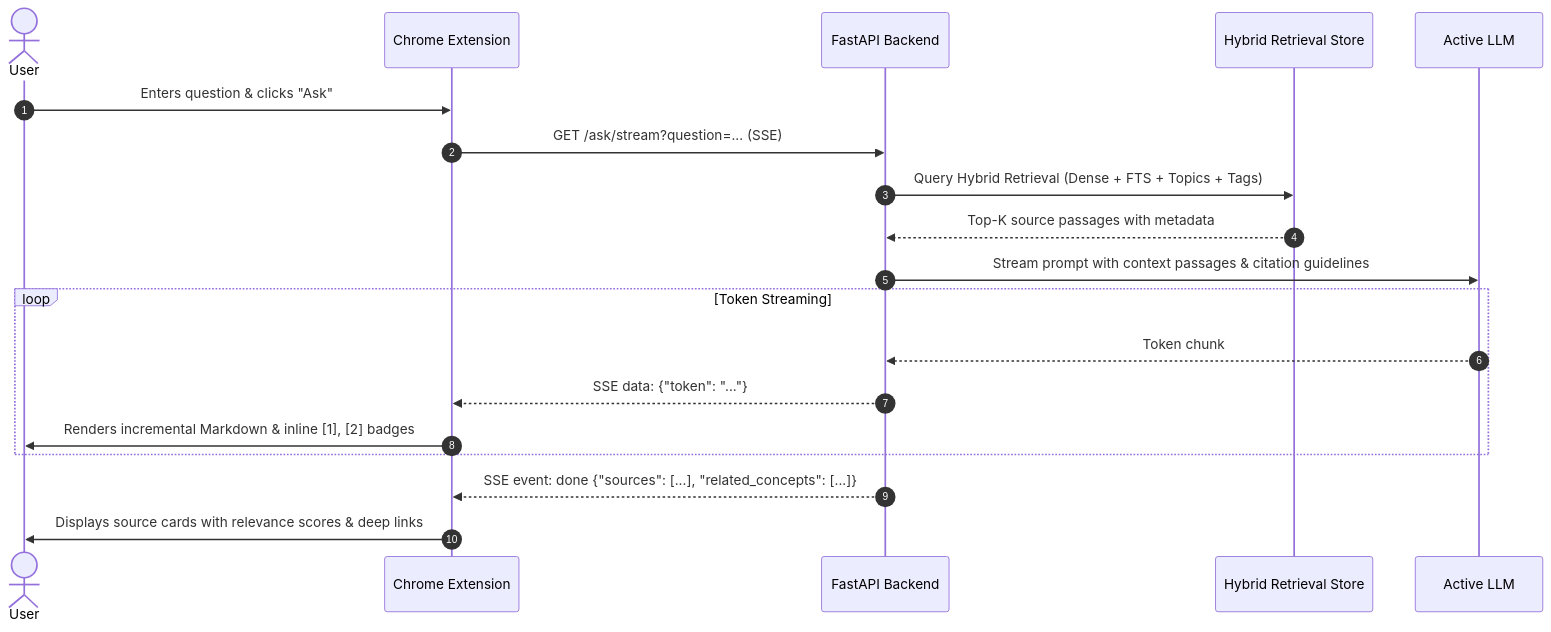
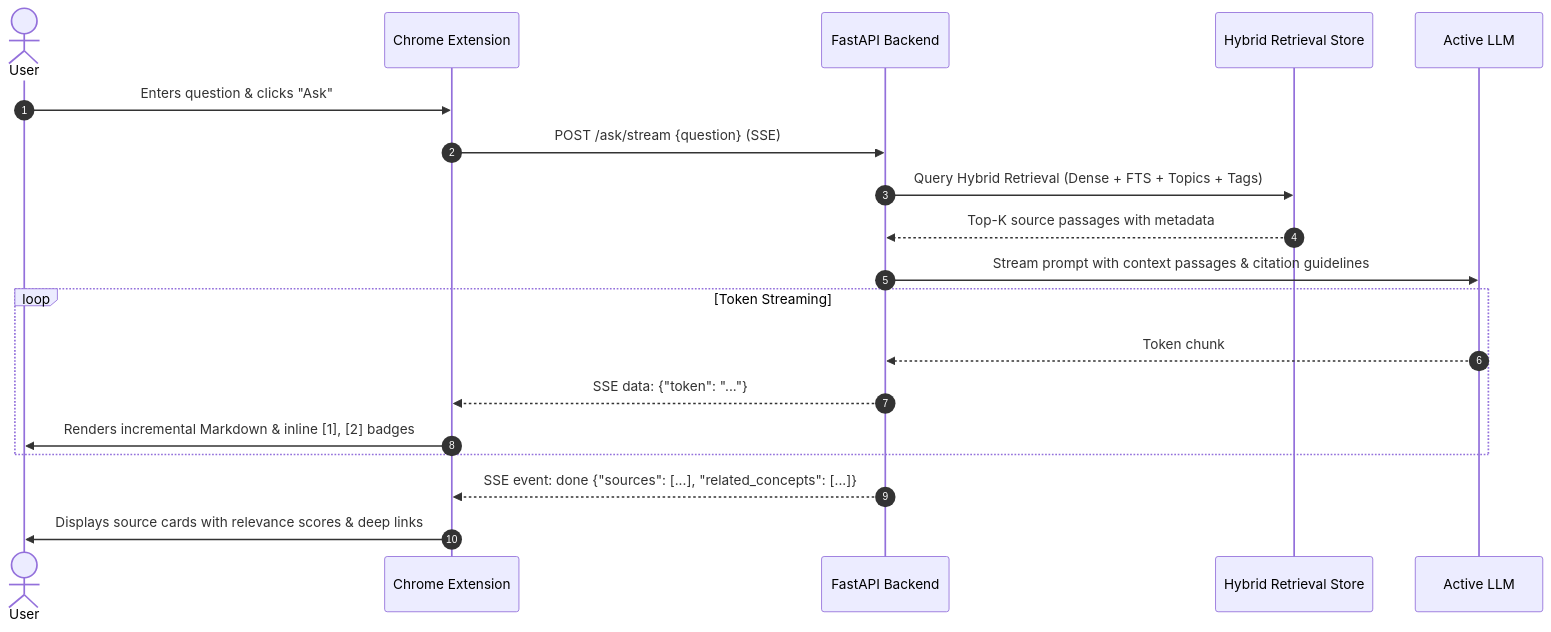
One commit to farhanx3rz/MemoryMind changed the third of 4 diagrams in docs/architecture.md. Above: the diagram before and after it, drawn with Mermaid. The commit also changed other lines of this file and 3 other files, not shown here.

````diff
--- a/docs/architecture.md
+++ b/docs/architecture.md
@@ -193,22 +193,22 @@
 ```mermaid
 sequenceDiagram
     autonumber
     actor User
     participant Ext as Chrome Extension
     participant API as FastAPI Backend
     participant DB as Hybrid Retrieval Store
     participant LLM as Active LLM
 
     User->>Ext: Enters question & clicks "Ask"
-    Ext->>API: GET /ask/stream?question=... (SSE)
+    Ext->>API: POST /ask/stream {question} (SSE)
     API->>DB: Query Hybrid Retrieval (Dense + FTS + Topics + Tags)
     DB-->>API: Top-K source passages with metadata
     API->>LLM: Stream prompt with context passages & citation guidelines
     loop Token Streaming
         LLM-->>API: Token chunk
         API-->>Ext: SSE data: {"token": "..."}
         Ext->>User: Renders incremental Markdown & inline [1], [2] badges
     end
     API-->>Ext: SSE event: done {"sources": [...], "related_concepts": [...]}
     Ext->>User: Displays source cards with relevance scores & deep links
 ```
````
